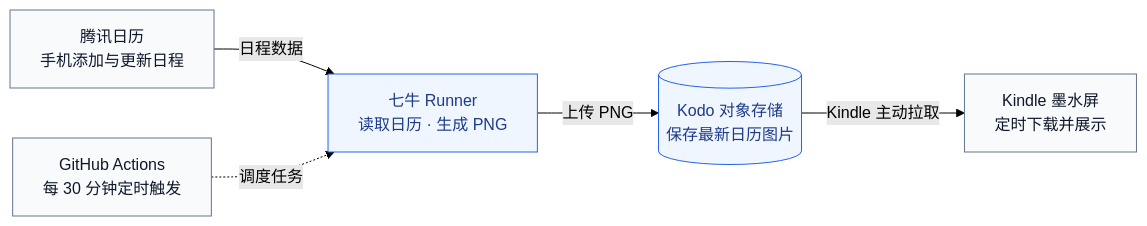
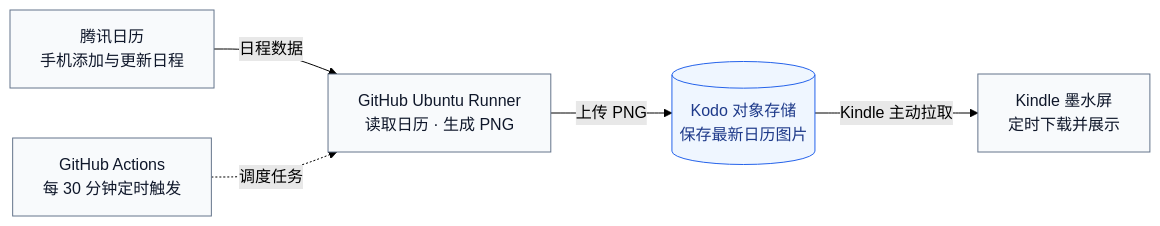
Before and after one commit to cqzqxh/kindle2calendar: the diagram in ARCHITECTURE.md, drawn with Mermaid (forest theme). The commit also changed other lines of this file and 4 other files, not shown here.

Commit message:
docs: align deployment guidance with GitHub-hosted runners

````diff
--- a/ARCHITECTURE.md
+++ b/ARCHITECTURE.md
@@ -13,17 +13,17 @@
 ```mermaid
 flowchart LR
     CAL["腾讯日历<br/>手机添加与更新日程"]
     GH["GitHub Actions<br/>每 30 分钟定时触发"]
-    RUN["七牛 Runner<br/>读取日历 · 生成 PNG"]
+    RUN["GitHub Ubuntu Runner<br/>读取日历 · 生成 PNG"]
     KODO[("Kodo 对象存储<br/>保存最新日历图片")]
     KINDLE["Kindle 墨水屏<br/>定时下载并展示"]
 
     CAL -->|"日程数据"| RUN
     GH -.->|"调度任务"| RUN
     RUN -->|"上传 PNG"| KODO
     KODO -->|"Kindle 主动拉取"| KINDLE
 
     classDef default fill:#f8fafc,stroke:#64748b,color:#0f172a;
     classDef qiniu fill:#eff6ff,stroke:#2563eb,color:#1e3a8a;
-    class RUN,KODO qiniu;
+    class KODO qiniu;
 ```
````
